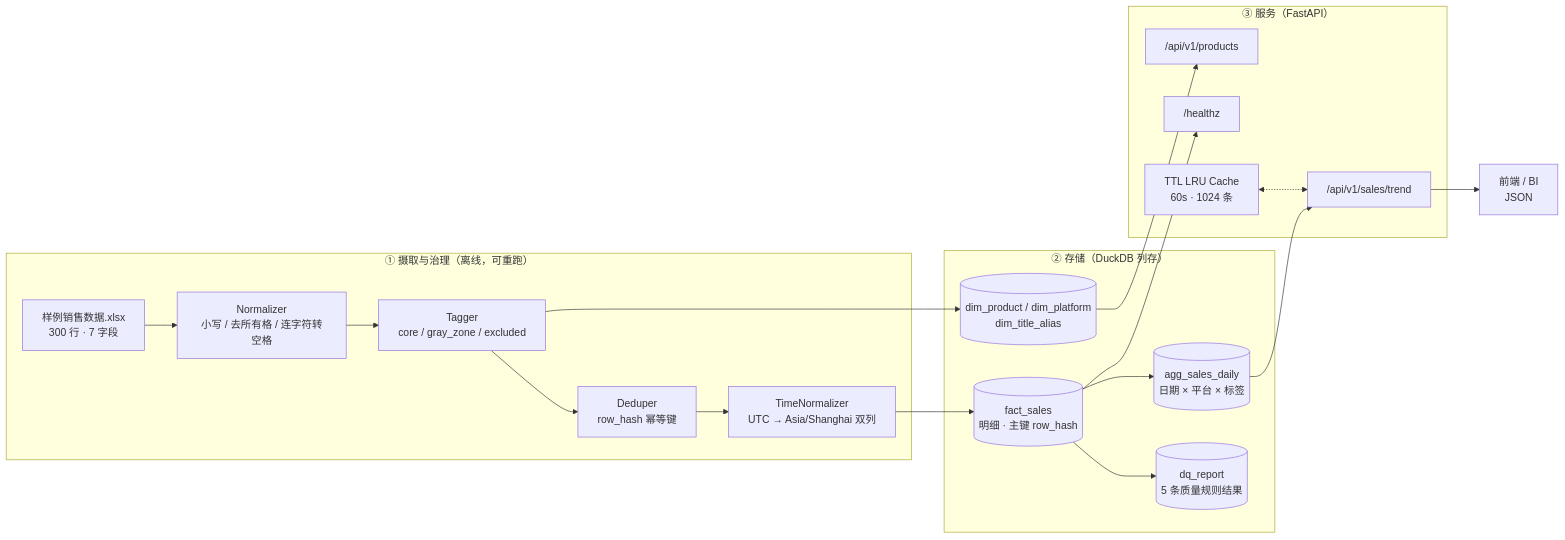
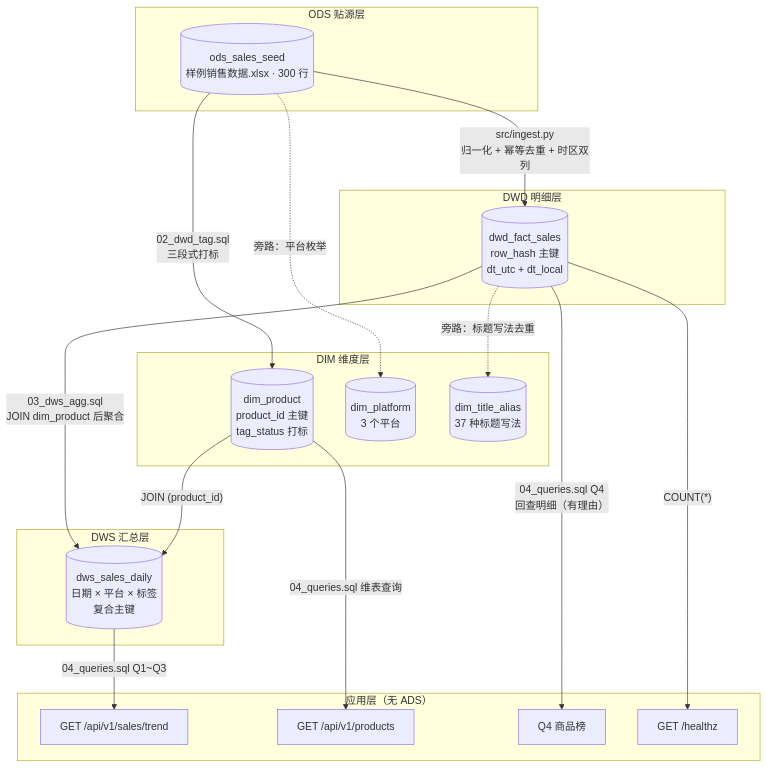
One commit to Marslfs/trendee-submission-github changed the diagram in task1_data_api/docs/design.md. Above: the diagram before and after it, drawn with Mermaid. The commit also changed other lines of this file and 10 other files, not shown here.

First line of the commit message:
refactor(task1): DIM/DWD/DWS three-layer rename, ER diagram, docs sync

````diff
--- a/task1_data_api/docs/design.md
+++ b/task1_data_api/docs/design.md
@@ -7,35 +15,38 @@
 ```mermaid
-flowchart LR
-    subgraph ING["① 摄取与治理（离线，可重跑）"]
-        A1["样例销售数据.xlsx<br/>300 行 · 7 字段"]
-        A2["Normalizer<br/>小写 / 去所有格 / 连字符转空格"]
-        A3["Tagger<br/>core / gray_zone / excluded"]
-        A4["Deduper<br/>row_hash 幂等键"]
-        A5["TimeNormalizer<br/>UTC → Asia/Shanghai 双列"]
-        A1 --> A2 --> A3 --> A4 --> A5
+flowchart TB
+    subgraph ODS["ODS 贴源层"]
+        O1[("ods_sales_seed<br/>样例销售数据.xlsx · 300 行")]
     end
 
-    subgraph STORE["② 存储（DuckDB 列存）"]
-        S1[("dim_product / dim_platform<br/>dim_title_alias")]
-        S2[("fact_sales<br/>明细 · 主键 row_hash")]
-        S3[("agg_sales_daily<br/>日期 × 平台 × 标签")]
-        S4[("dq_report<br/>5 条质量规则结果")]
+    subgraph DIM["DIM 维度层"]
+        D1[("dim_product<br/>product_id 主键<br/>tag_status 打标")]
+        D2[("dim_platform<br/>3 个平台")]
+        D3[("dim_title_alias<br/>37 种标题写法")]
     end
 
-    subgraph SERVE["③ 服务（FastAPI）"]
-        P1["/api/v1/sales/trend"]
-        P2["/api/v1/products"]
-        P3["/healthz"]
-        P4["TTL LRU Cache<br/>60s · 1024 条"]
+    subgraph DWD["DWD 明细层"]
+        W1[("dwd_fact_sales<br/>row_hash 主键<br/>dt_utc + dt_local")]
     end
 
-    A5 --> S2
-    A3 --> S1
-    S2 --> S3
-    S2 --> S4
-    S3 --> P1
-    S1 --> P2
-    S2 --> P3
-    P4 <-.-> P1
-    P1 --> OUT["前端 / BI<br/>JSON"]
+    subgraph DWS["DWS 汇总层"]
+        S1[("dws_sales_daily<br/>日期 × 平台 × 标签<br/>复合主键")]
+    end
+
+    subgraph APP["应用层（无 ADS）"]
+        A1["GET /api/v1/sales/trend"]
+        A2["GET /api/v1/products"]
+        A3["Q4 商品榜"]
+        A4["GET /healthz"]
+    end
+
+    O1 -->|"02_dwd_tag.sql<br/>三段式打标"| D1
+    O1 -->|"src/ingest.py<br/>归一化 + 幂等去重 + 时区双列"| W1
+    O1 -.->|"旁路：平台枚举"| D2
+    W1 -.->|"旁路：标题写法去重"| D3
+    W1 -->|"03_dws_agg.sql<br/>JOIN dim_product 后聚合"| S1
+    D1 -->|"JOIN (product_id)"| S1
+    S1 -->|"04_queries.sql Q1~Q3"| A1
+    D1 -->|"04_queries.sql 维表查询"| A2
+    W1 -->|"04_queries.sql Q4<br/>回查明细（有理由）"| A3
+    W1 -->|"COUNT(*)"| A4
 ```
````
